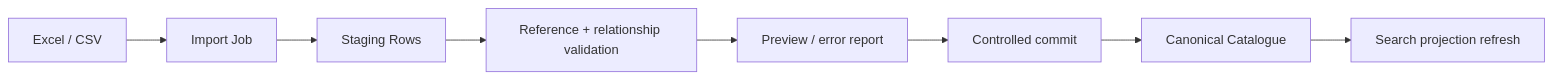
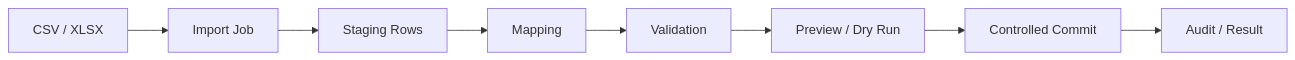
One commit to msinghbs-ai/coursefinder-admin changed the second of 4 diagrams in docs/coursefinder-database-architecture-v2.8.1.md. Above: the diagram before and after it, drawn with Mermaid. The commit also changed other lines of this file, not shown here.

Commit message:
Align standalone v2.8.1 database architecture baseline

````diff
--- a/docs/coursefinder-database-architecture-v2.8.1.md
+++ b/docs/coursefinder-database-architecture-v2.8.1.md
@@ -563,10 +876,10 @@
 ```mermaid
 flowchart LR
-    FILE[Excel / CSV] --> JOB[Import Job]
+    FILE[CSV / XLSX] --> JOB[Import Job]
     JOB --> STAGE[Staging Rows]
-    STAGE --> VALIDATE[Reference + relationship validation]
-    VALIDATE --> PREVIEW[Preview / error report]
-    PREVIEW --> COMMIT[Controlled commit]
-    COMMIT --> CANON[Canonical Catalogue]
-    CANON --> SEARCH[Search projection refresh]
+    STAGE --> MAP[Mapping]
+    MAP --> VAL[Validation]
+    VAL --> PREVIEW[Preview / Dry Run]
+    PREVIEW --> COMMIT[Controlled Commit]
+    COMMIT --> AUDIT[Audit / Result]
 ```
````
